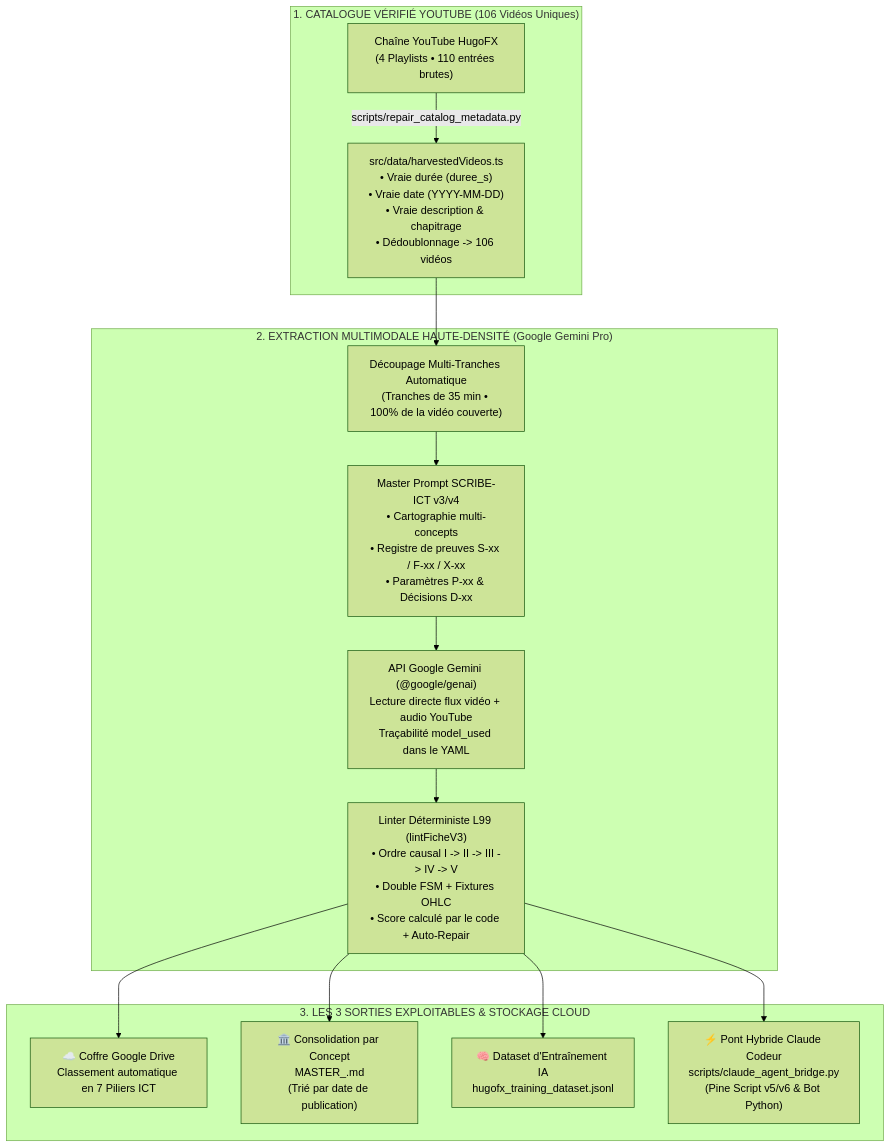
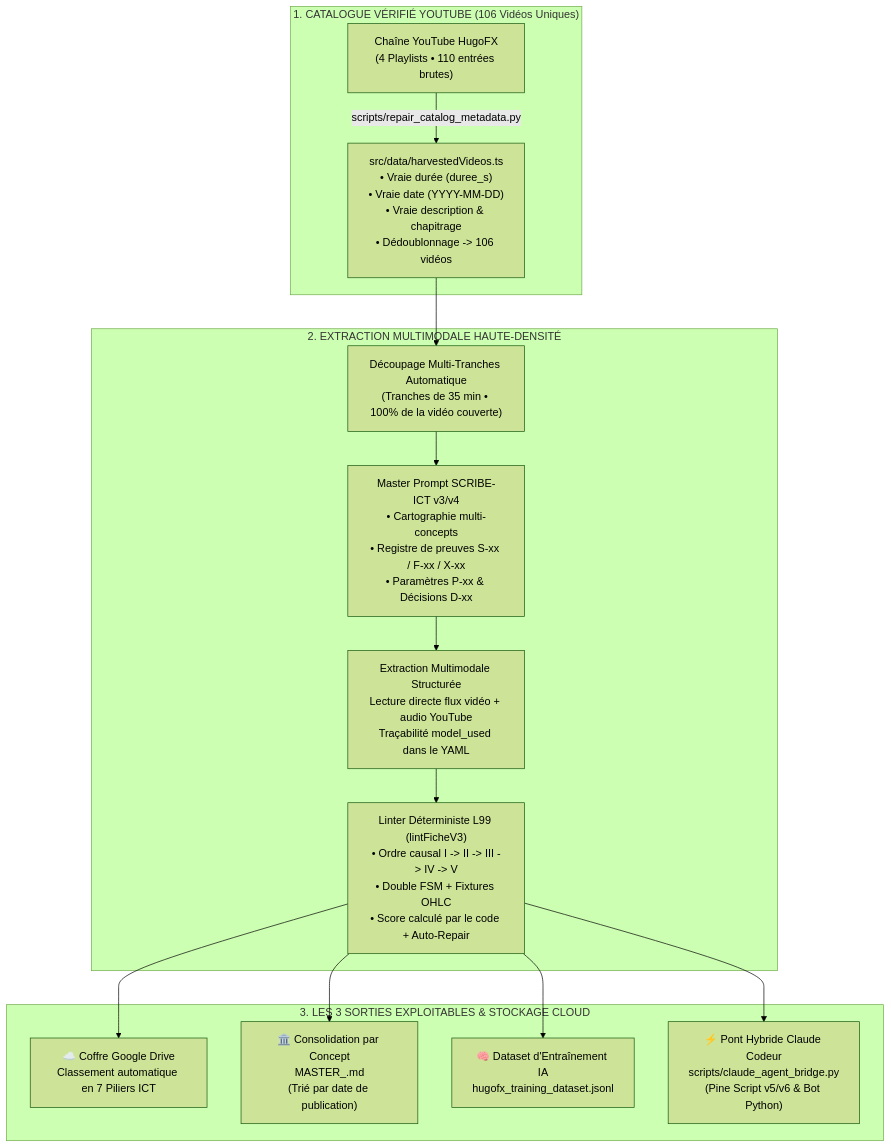
The second of 2 diagrams in README.md (Christ-yavn/youtube-video-extractor), drawn with Mermaid (forest theme) before and after one commit. The commit also changed other lines of this file and 9 other files, not shown here.

````diff
--- a/README.md
+++ b/README.md
@@ -45,20 +172,20 @@
 ```mermaid
 flowchart TD
     subgraph P1["1. CATALOGUE VÉRIFIÉ YOUTUBE (106 Vidéos Uniques)"]
         YT["Chaîne YouTube HugoFX\n(4 Playlists • 110 entrées brutes)"] -->|scripts/repair_catalog_metadata.py| CAT["src/data/harvestedVideos.ts\n• Vraie durée (duree_s)\n• Vraie date (YYYY-MM-DD)\n• Vraie description & chapitrage\n• Dédoublonnage -> 106 vidéos"]
     end
 
-    subgraph P2["2. EXTRACTION MULTIMODALE HAUTE-DENSITÉ (Google Gemini Pro)"]
+    subgraph P2["2. EXTRACTION MULTIMODALE HAUTE-DENSITÉ"]
         CAT --> SLICE["Découpage Multi-Tranches Automatique\n(Tranches de 35 min • 100% de la vidéo couverte)"]
         SLICE --> PROMPT["Master Prompt SCRIBE-ICT v3/v4\n• Cartographie multi-concepts\n• Registre de preuves S-xx / F-xx / X-xx\n• Paramètres P-xx & Décisions D-xx"]
-        PROMPT --> GEM["API Google Gemini (@google/genai)\nLecture directe flux vidéo + audio YouTube\nTraçabilité model_used dans le YAML"]
+        PROMPT --> GEM["Extraction Multimodale Structurée\nLecture directe flux vidéo + audio YouTube\nTraçabilité model_used dans le YAML"]
         GEM --> LINT["Linter Déterministe L99 (lintFicheV3)\n• Ordre causal I -> II -> III -> IV -> V\n• Double FSM + Fixtures OHLC\n• Score calculé par le code + Auto-Repair"]
     end
 
     subgraph P3["3. LES 3 SORTIES EXPLOITABLES & STOCKAGE CLOUD"]
         LINT --> DRIVE["☁️ Coffre Google Drive\nClassement automatique en 7 Piliers ICT"]
         LINT --> MASTER["🏛️ Consolidation par Concept\nMASTER_<CONCEPT>.md\n(Trié par date de publication)"]
         LINT --> JSONL["🧠 Dataset d'Entraînement IA\nhugofx_training_dataset.jsonl"]
         LINT --> CLAUDE["⚡ Pont Hybride Claude Codeur\nscripts/claude_agent_bridge.py\n(Pine Script v5/v6 & Bot Python)"]
     end
 ```
````
